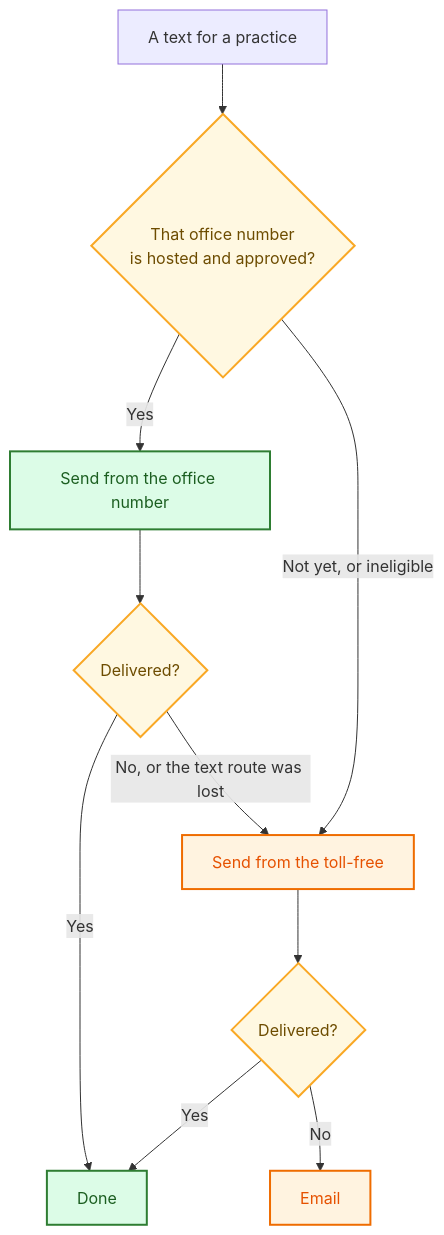
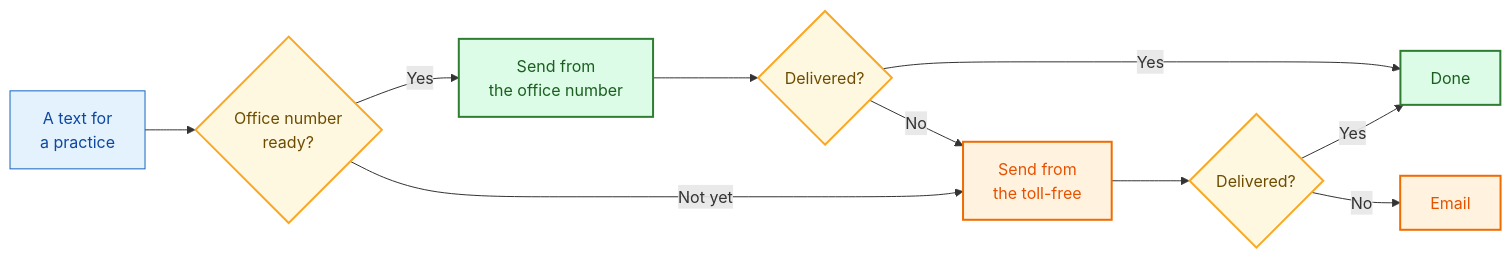
One commit to daava-hq/shared-docs changed the fifth of 5 diagrams in docs/office-number-texting-report.md. Above: the diagram before and after it, drawn with Mermaid. The commit also changed other lines of this file, not shown here.

First line of the commit message:
Widen the texting report diagrams

````diff
--- a/docs/office-number-texting-report.md
+++ b/docs/office-number-texting-report.md
@@ -222,20 +232,22 @@
 ```mermaid
-flowchart TD
-  MSG["A text for a practice"] --> READY{"That office number<br/>is hosted and approved?"}
-  READY -->|Yes| OFFICE["Send from the office number"]
-  READY -->|"Not yet, or ineligible"| TF["Send from the toll-free"]
+flowchart LR
+  MSG["A text for<br/>a practice"] --> READY{"Office number<br/>ready?"}
+  READY -->|Yes| OFFICE["Send from<br/>the office number"]
+  READY -->|Not yet| TF["Send from<br/>the toll-free"]
   OFFICE --> OK{"Delivered?"}
   OK -->|Yes| DONE["Done"]
-  OK -->|"No, or the text route was lost"| TF
+  OK -->|No| TF
   TF --> STILL{"Delivered?"}
   STILL -->|Yes| DONE
   STILL -->|No| EMAIL["Email"]
 
   classDef decisionNode fill:#fff8e1,stroke:#f9a825,stroke-width:2px,color:#6d4c00
+  classDef actionNode fill:#e3f2fd,stroke:#1565c0,color:#0d47a1
   classDef cleanNode fill:#dcfce7,stroke:#2e7d32,stroke-width:2px,color:#1b5e20
   classDef fallNode fill:#fff3e0,stroke:#ef6c00,stroke-width:2px,color:#e65100
 
   class READY,OK,STILL decisionNode
+  class MSG actionNode
   class OFFICE,DONE cleanNode
   class TF,EMAIL fallNode
 ```
````
